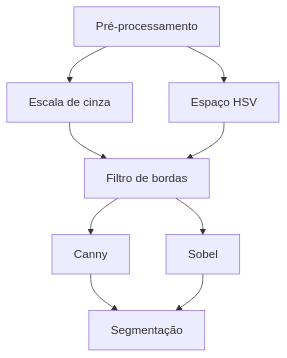
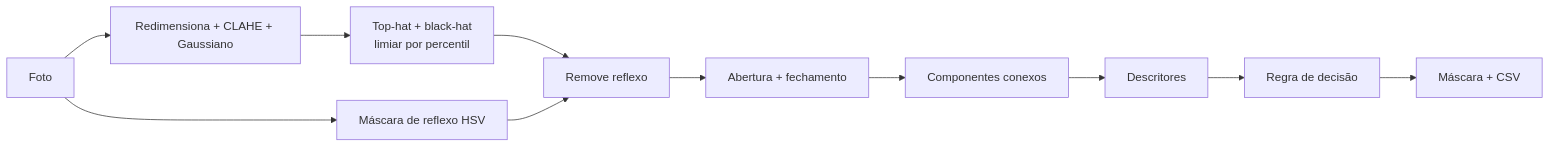
One commit to Mateusrlohnn/projeto-vistoria-veiculos changed the diagram in docs/proposta.md. Above: the diagram before and after it, drawn with Mermaid. The commit also changed other lines of this file and 3 other files, not shown here.

````diff
--- a/docs/proposta.md
+++ b/docs/proposta.md
@@ -92,11 +75,13 @@
 ```mermaid
-flowchart TD
-    B[Pré-processamento] --> B1[Escala de cinza]
-    B[Pré-processamento] --> B2[Espaço HSV]
-    B1 --> C[Filtro de bordas]
-    B2 --> C
-    C --> C1[Canny]
-    C --> C2[Sobel]
-    C1 --> D[Segmentação]
-    C2 --> D
+flowchart LR
+    A[Foto] --> B[Redimensiona + CLAHE + Gaussiano]
+    B --> C[Top-hat + black-hat\nlimiar por percentil]
+    A --> R[Máscara de reflexo HSV]
+    C --> D[Remove reflexo]
+    R --> D
+    D --> E[Abertura + fechamento]
+    E --> F[Componentes conexos]
+    F --> G[Descritores]
+    G --> H[Regra de decisão]
+    H --> I[Máscara + CSV]
 ```
````
